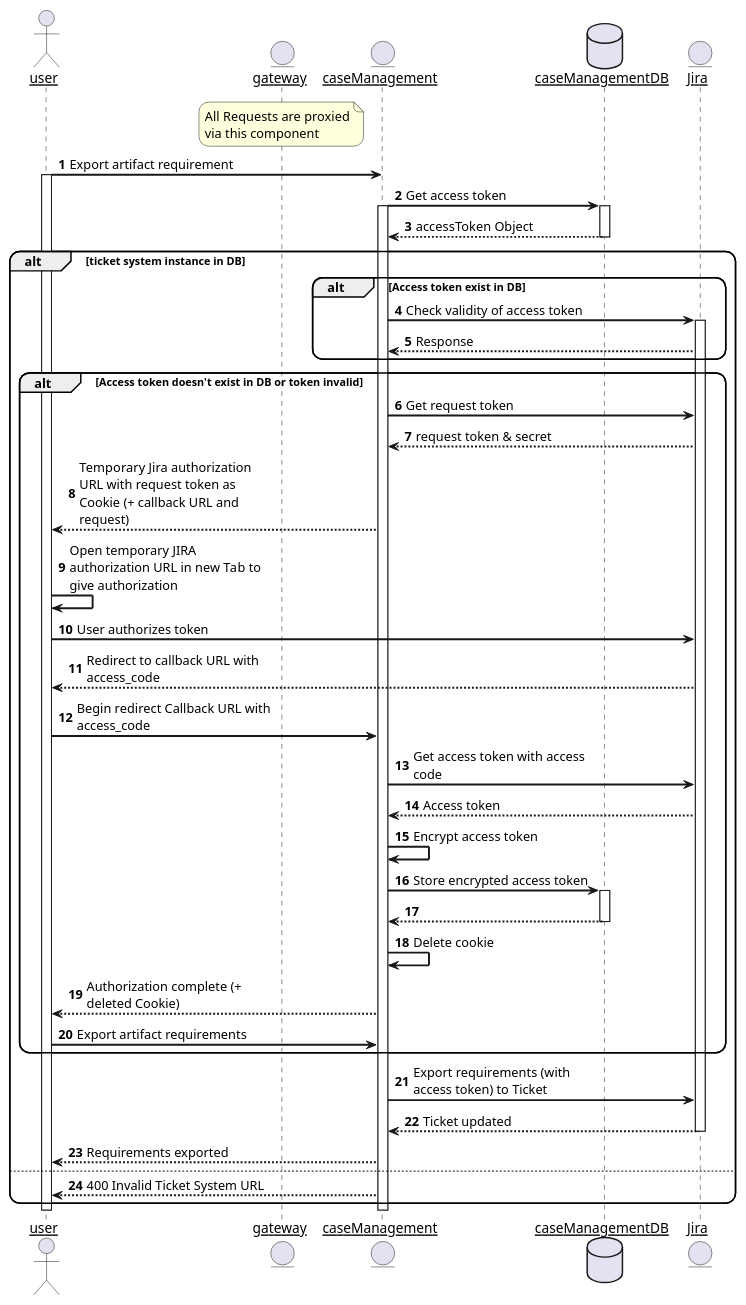
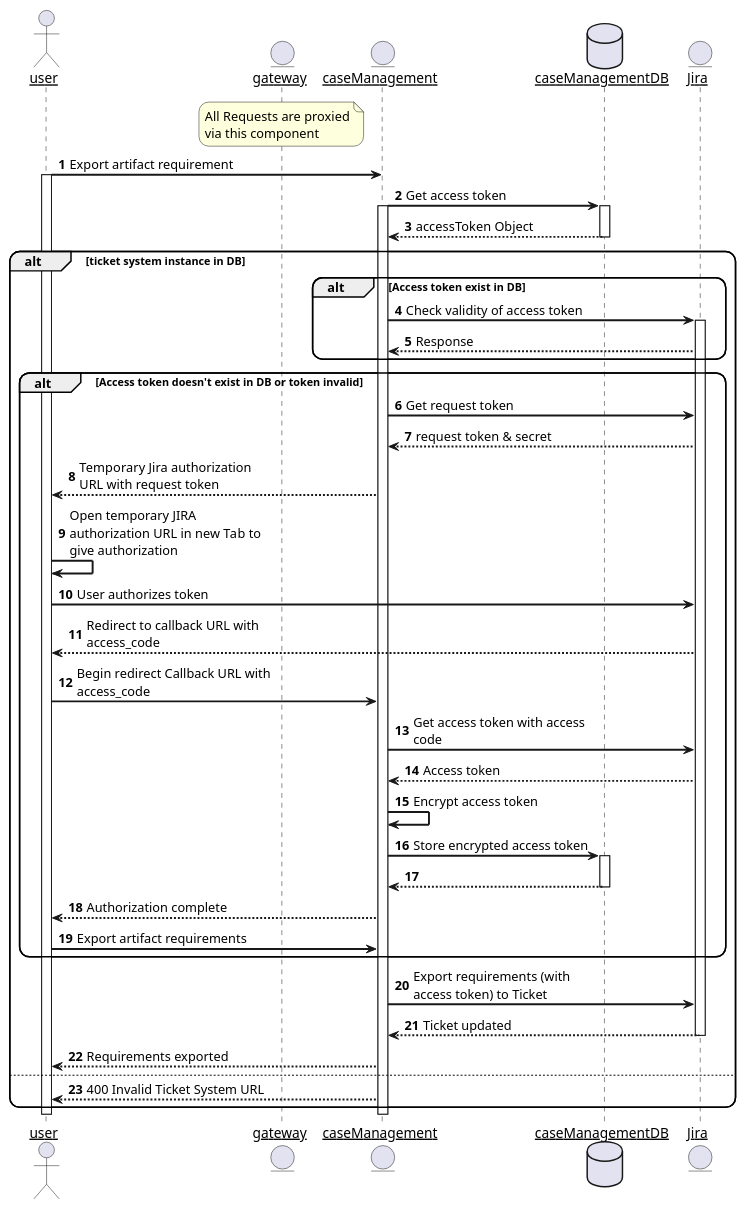
One commit to SecurityRAT/case-management changed the diagram in docs/uml/jiraIntegrationWorkflow.puml. Above: the diagram before and after it, drawn with PlantUML. The commit also changed 25 other files, not shown here.

```diff
--- a/docs/uml/jiraIntegrationWorkflow.puml
+++ b/docs/uml/jiraIntegrationWorkflow.puml
@@ -1,67 +1,66 @@
 @startuml
 
 'https://plantuml.com/sequence-diagram'
 
 autonumber
 skinparam sequenceArrowThickness 2
 skinparam roundcorner 20
 skinparam maxmessagesize 200
 skinparam sequenceParticipant underline
 
 actor user
 entity gateway
 entity caseManagement
 database caseManagementDB
 entity Jira
 
 note over gateway
     All Requests are proxied
     via this component
 end note
 
 user -> caseManagement: Export artifact requirement
 activate user
 caseManagement -> caseManagementDB: Get access token
 activate caseManagement
 activate caseManagementDB
 caseManagementDB --> caseManagement: accessToken Object
 deactivate caseManagementDB
 
 alt ticket system instance in DB
 
 alt Access token exist in DB
     caseManagement -> Jira: Check validity of access token
     activate Jira
     Jira --> caseManagement: Response
 end
 
 alt Access token doesn't exist in DB or token invalid
     caseManagement -> Jira: Get request token
     Jira --> caseManagement: request token & secret
-    caseManagement --> user: Temporary Jira authorization URL with request token as Cookie (+ callback URL and request)
+    caseManagement --> user: Temporary Jira authorization URL with request token
     user -> user: Open temporary JIRA authorization URL in new Tab to give authorization
     user -> Jira: User authorizes token
     Jira --> user: Redirect to callback URL with access_code
     user -> caseManagement: Begin redirect Callback URL with access_code
     caseManagement -> Jira: Get access token with access code
     Jira --> caseManagement: Access token
     caseManagement -> caseManagement: Encrypt access token
     caseManagement -> caseManagementDB: Store encrypted access token
     activate caseManagementDB
     caseManagementDB --> caseManagement:
     deactivate caseManagementDB
-    caseManagement -> caseManagement: Delete cookie
-    caseManagement --> user: Authorization complete (+ deleted Cookie)
+    caseManagement --> user: Authorization complete
     user -> caseManagement: Export artifact requirements
 end
 
 caseManagement -> Jira: Export requirements (with access token) to Ticket
 Jira --> caseManagement: Ticket updated
 deactivate Jira
 caseManagement --> user: Requirements exported
 else
 caseManagement --> user: 400 Invalid Ticket System URL
 end
 deactivate caseManagement
 deactivate user
 @enduml
```
